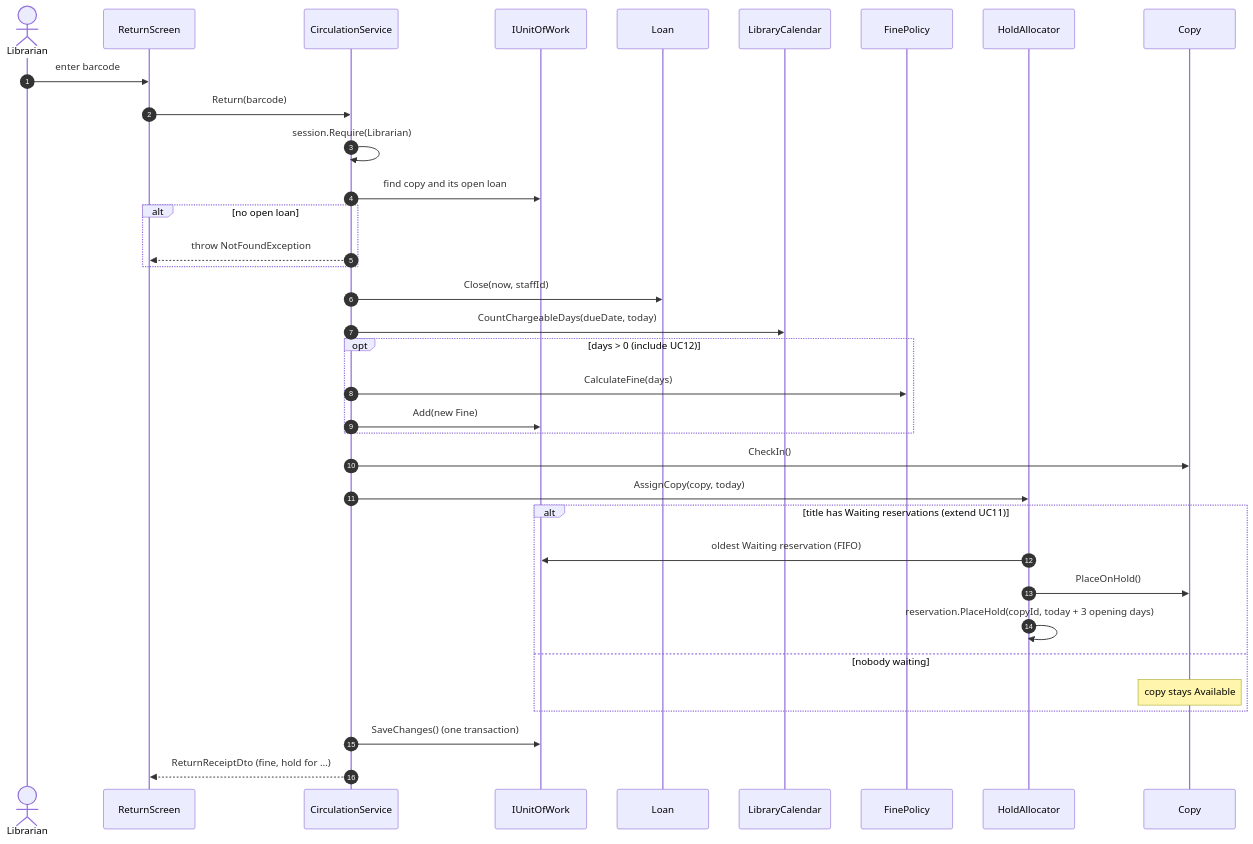
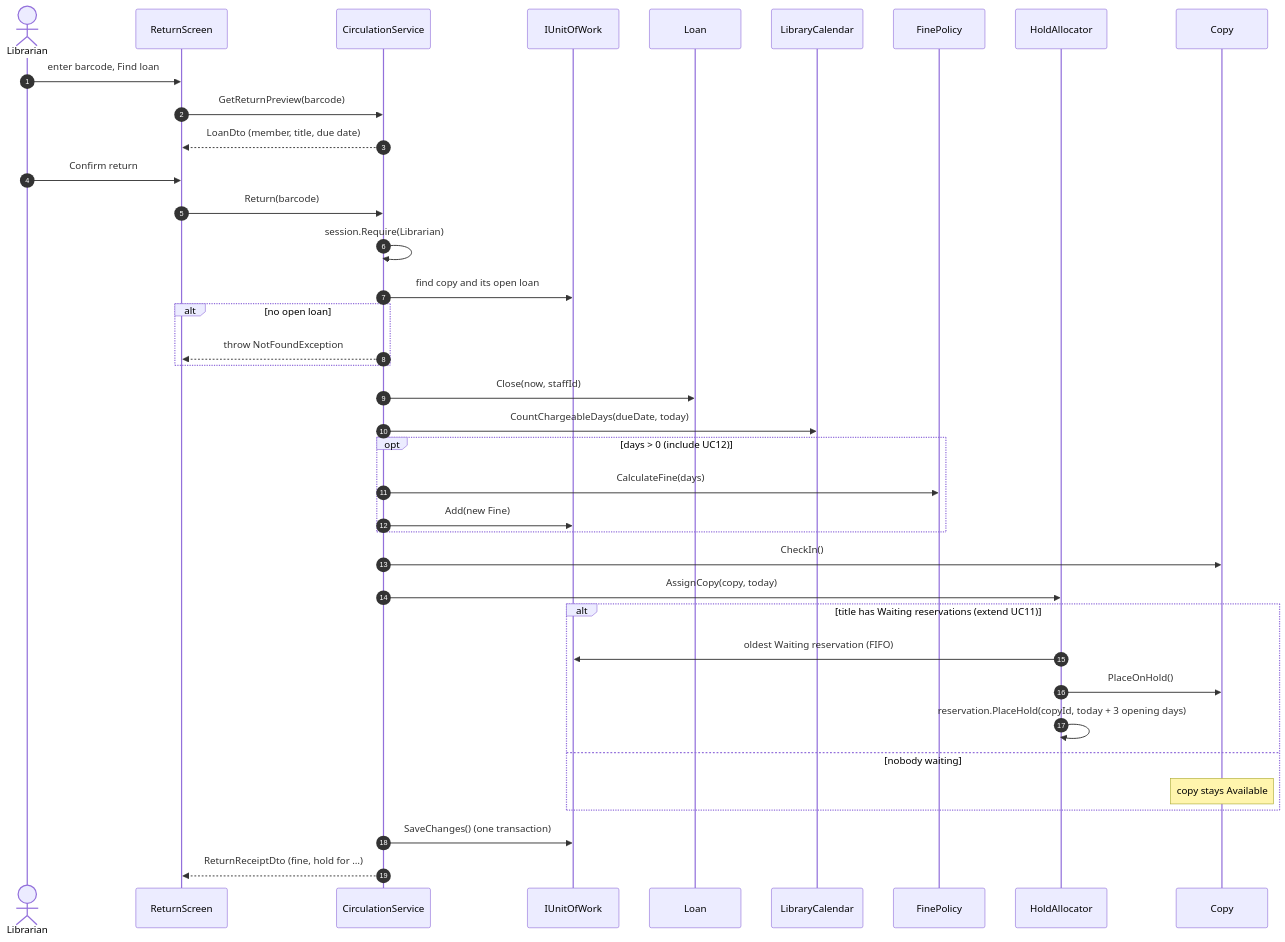
One commit to gthanh06/261_72ITSE41704_-2474802010463-_-LibraryProject- changed the diagram in docs/design/diagrams/seq-return.mmd. Above: the diagram before and after it, drawn with Mermaid. The commit also changed 10 other files, not shown here.

```diff
--- a/docs/design/diagrams/seq-return.mmd
+++ b/docs/design/diagrams/seq-return.mmd
@@ -1,35 +1,38 @@
 sequenceDiagram
   autonumber
   actor L as Librarian
   participant UI as ReturnScreen
   participant CS as CirculationService
   participant UoW as IUnitOfWork
   participant LN as Loan
   participant CAL as LibraryCalendar
   participant FP as FinePolicy
   participant HA as HoldAllocator
   participant C as Copy
-  L->>UI: enter barcode
+  L->>UI: enter barcode, Find loan
+  UI->>CS: GetReturnPreview(barcode)
+  CS-->>UI: LoanDto (member, title, due date)
+  L->>UI: Confirm return
   UI->>CS: Return(barcode)
   CS->>CS: session.Require(Librarian)
   CS->>UoW: find copy and its open loan
   alt no open loan
     CS-->>UI: throw NotFoundException
   end
   CS->>LN: Close(now, staffId)
   CS->>CAL: CountChargeableDays(dueDate, today)
   opt days > 0 (include UC12)
     CS->>FP: CalculateFine(days)
     CS->>UoW: Add(new Fine)
   end
   CS->>C: CheckIn()
   CS->>HA: AssignCopy(copy, today)
   alt title has Waiting reservations (extend UC11)
     HA->>UoW: oldest Waiting reservation (FIFO)
     HA->>C: PlaceOnHold()
     HA->>HA: reservation.PlaceHold(copyId, today + 3 opening days)
   else nobody waiting
     Note over C: copy stays Available
   end
   CS->>UoW: SaveChanges() (one transaction)
   CS-->>UI: ReturnReceiptDto (fine, hold for …)
```
